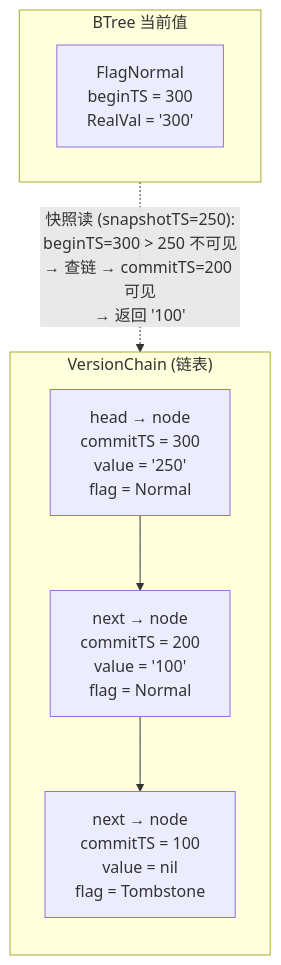
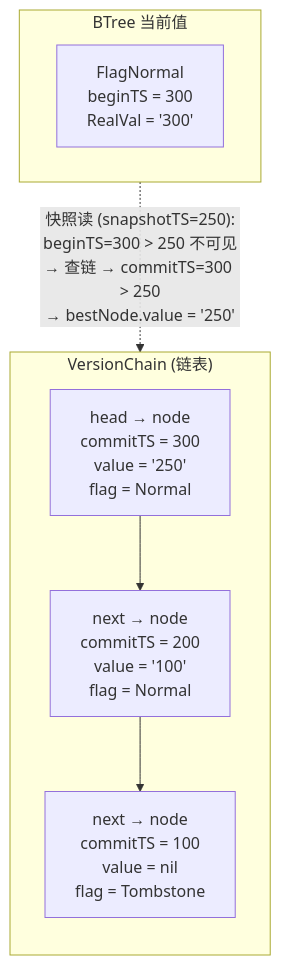
One commit to jzhang405/NexKV changed diagram 29 of 39 in docs/07_spike/btree-refactor/2026-05-23-persistence-architecture-comprehensive-guide.md. Above: the diagram before and after it, drawn with Mermaid. The commit also changed other lines of this file, not shown here.

````diff
--- a/docs/07_spike/btree-refactor/2026-05-23-persistence-architecture-comprehensive-guide.md
+++ b/docs/07_spike/btree-refactor/2026-05-23-persistence-architecture-comprehensive-guide.md
@@ -853,17 +854,17 @@
 ```mermaid
 flowchart TB
     subgraph BTree2["BTree 当前值"]
         BV["FlagNormal<br/>beginTS = 300<br/>RealVal = '300'"]
     end
     
     subgraph Chain["VersionChain (链表)"]
         direction TB
         H["head → node<br/>commitTS = 300<br/>value = '250'<br/>flag = Normal"]
         M["next → node<br/>commitTS = 200<br/>value = '100'<br/>flag = Normal"]
         T["next → node<br/>commitTS = 100<br/>value = nil<br/>flag = Tombstone"]
         
         H --> M --> T
     end
     
-    BTree2 -.->|"快照读 (snapshotTS=250):<br/>beginTS=300 > 250 不可见<br/>→ 查链 → commitTS=200 可见<br/>→ 返回 '100'"| Chain
+    BTree2 -.->|"快照读 (snapshotTS=250):<br/>beginTS=300 > 250 不可见<br/>→ 查链 → commitTS=300 > 250<br/>→ bestNode.value = '250'"| Chain
 ```
````
